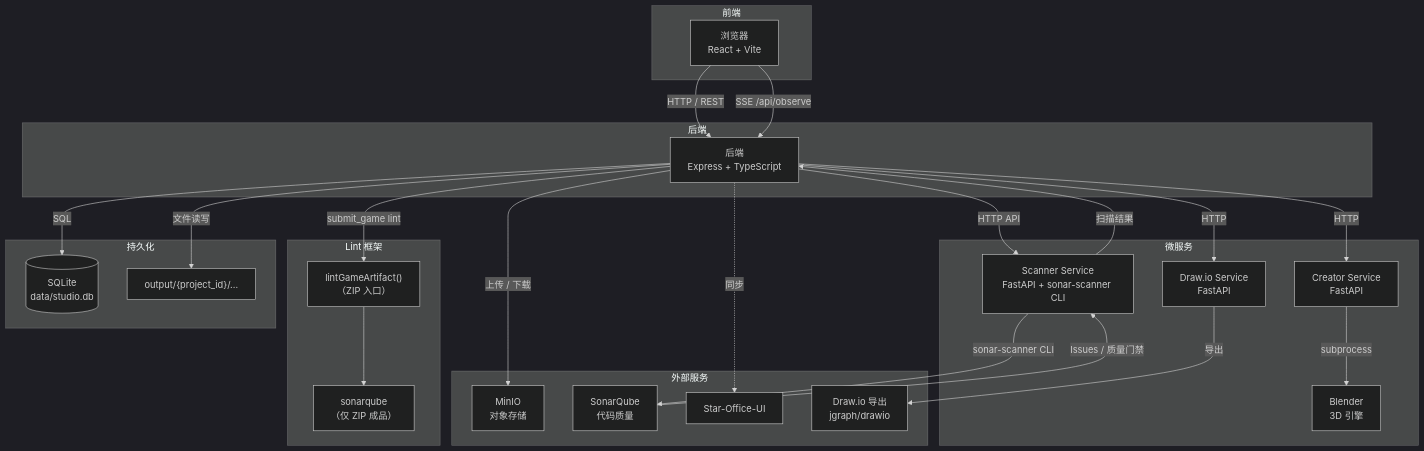
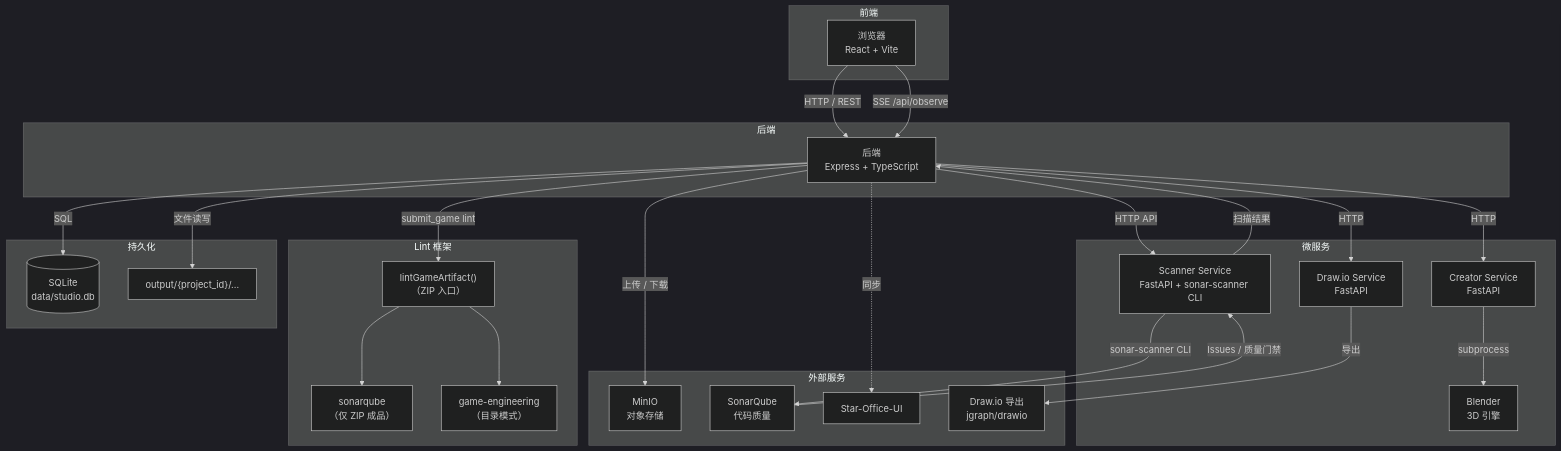
Before and after one commit to luoxiaojun1992/game-studio: the diagram in docs/ARCHITECTURE.zh-CN.md, drawn with Mermaid (dark theme). The commit also changed other lines of this file and 1 other file, not shown here.

First line of the commit message:
docs: update docs/ARCHITECTURE.md and .zh-CN.md with game engineering framework

````diff
--- a/docs/ARCHITECTURE.zh-CN.md
+++ b/docs/ARCHITECTURE.zh-CN.md
@@ -18,54 +18,56 @@
 ```mermaid
 graph TB
     subgraph "前端"
         Browser["浏览器<br/>React + Vite"]
     end
 
     subgraph "后端"
         BE["后端<br/>Express + TypeScript"]
     end
 
     subgraph "Lint 框架"
         LintRunner["lintGameArtifact()<br/>（ZIP 入口）"]
         SonarChecker["sonarqube<br/>（仅 ZIP 成品）"]
+        GameEngChecker["game-engineering<br/>（目录模式）"]
     end
 
     subgraph "外部服务"
         MinIO["MinIO<br/>对象存储"]
         Sonar["SonarQube<br/>代码质量"]
         StarOffice["Star-Office-UI"]
         DrawioExport["Draw.io 导出<br/>jgraph/drawio"]
     end
 
     subgraph "微服务"
         Creator["Creator Service<br/>FastAPI"]
         Blender["Blender<br/>3D 引擎"]
         Drawio["Draw.io Service<br/>FastAPI"]
         Scanner["Scanner Service<br/>FastAPI + sonar-scanner CLI"]
     end
 
     subgraph "持久化"
         SQLite[("SQLite<br/>data/studio.db")]
         Output["output/{project_id}/..."]
     end
 
     Browser -->|HTTP / REST| BE
     Browser -->|SSE /api/observe| BE
 
     BE -->|HTTP| Creator
     BE -->|HTTP| Drawio
     BE -->|上传 / 下载| MinIO
     BE -->|SQL| SQLite
     BE -->|文件读写| Output
     BE -->|submit_game lint| LintRunner
     BE -->|HTTP API| Scanner
     BE -.->|同步| StarOffice
     Creator -->|subprocess| Blender
     Drawio -->|导出| DrawioExport
 
     LintRunner --> SonarChecker
+    LintRunner --> GameEngChecker
 
     Scanner -->|sonar-scanner CLI| Sonar
     Sonar -->|Issues / 质量门禁| Scanner
     Scanner -->|扫描结果| BE
 ```
````
